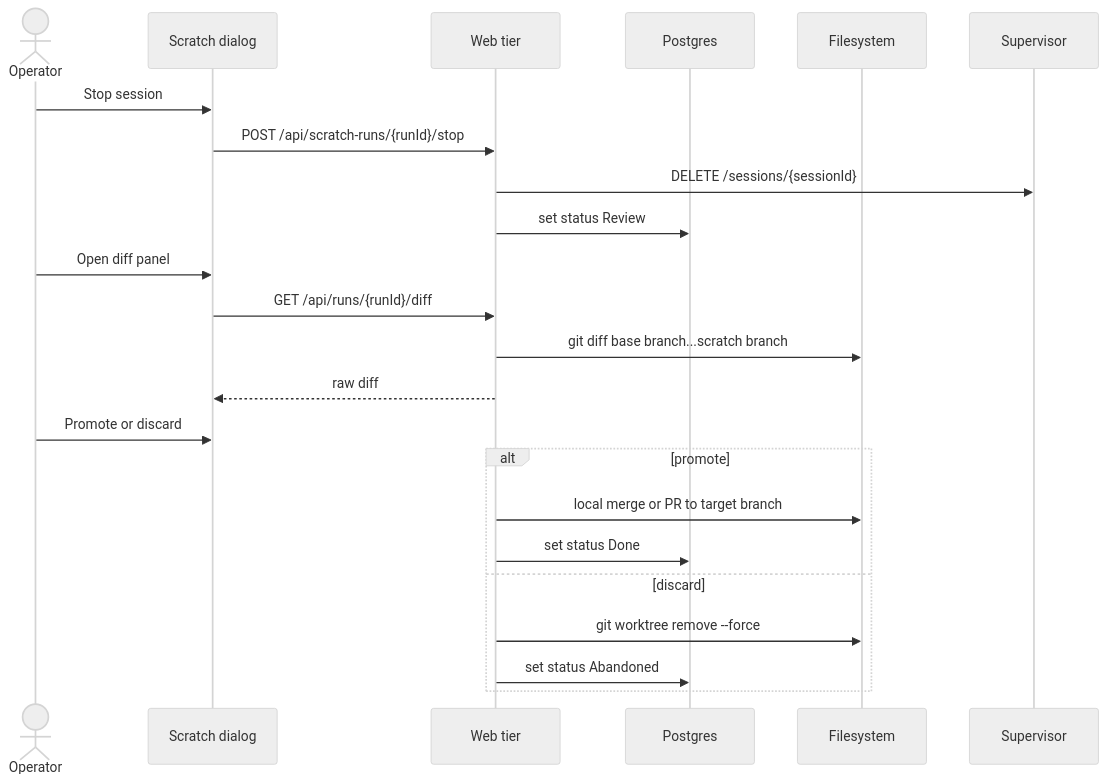
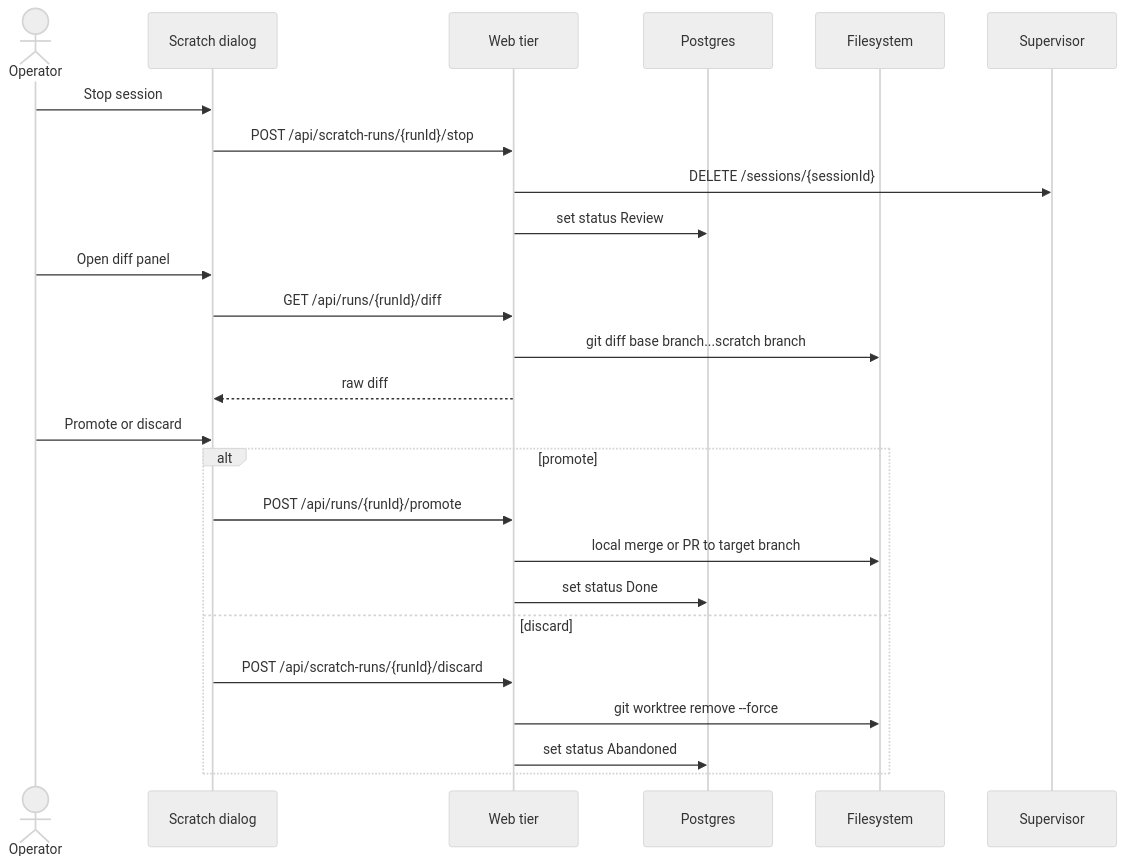
Before and after one commit to maister-dev/maister: the fifth of 5 diagrams in docs/system-analytics/scratch-runs.md, drawn with Mermaid (neutral theme). The commit also changed other lines of this file and 13 other files, not shown here.

Commit message:
docs: specify scratch run contracts

````diff
--- a/docs/system-analytics/scratch-runs.md
+++ b/docs/system-analytics/scratch-runs.md
@@ -169,26 +198,28 @@
 ```mermaid
 sequenceDiagram
     actor U as Operator
     participant UI as Scratch dialog
     participant W as Web tier
     participant DB as Postgres
     participant FS as Filesystem
     participant SV as Supervisor
 
     U->>UI: Stop session
     UI->>W: POST /api/scratch-runs/{runId}/stop
     W->>SV: DELETE /sessions/{sessionId}
     W->>DB: set status Review
     U->>UI: Open diff panel
     UI->>W: GET /api/runs/{runId}/diff
     W->>FS: git diff base branch...scratch branch
     W-->>UI: raw diff
     U->>UI: Promote or discard
     alt promote
+        UI->>W: POST /api/runs/{runId}/promote
         W->>FS: local merge or PR to target branch
         W->>DB: set status Done
     else discard
+        UI->>W: POST /api/scratch-runs/{runId}/discard
         W->>FS: git worktree remove --force
         W->>DB: set status Abandoned
     end
 ```
````
